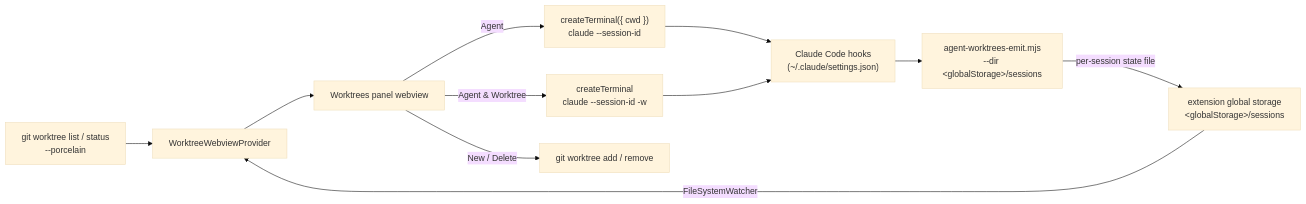
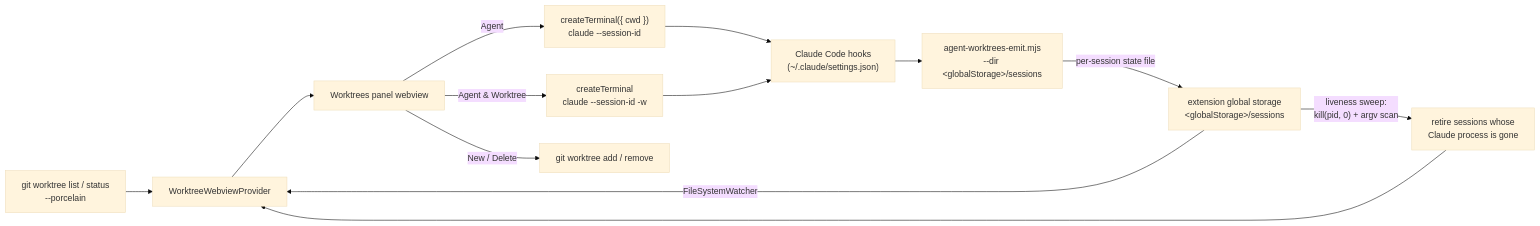
One commit to BradenTerry/agent-worktrees changed the second of 4 diagrams in README.md. Above: the diagram before and after it, drawn with Mermaid (base theme). The commit also changed other lines of this file and 8 other files, not shown here.

First line of the commit message:
Retire agents whose Claude process is gone (#76)

````diff
--- a/README.md
+++ b/README.md
@@ -330,13 +383,15 @@
 ```mermaid
 flowchart LR
     G["git worktree list / status<br/>--porcelain"] --> P[WorktreeWebviewProvider]
     P --> V[Worktrees panel webview]
     V -->|Agent| T["createTerminal({ cwd })<br/>claude --session-id"]
     V -->|Agent & Worktree| TW["createTerminal<br/>claude --session-id -w"]
     V -->|New / Delete| WT["git worktree add / remove"]
     H["Claude Code hooks<br/>(~/.claude/settings.json)"] --> E["agent-worktrees-emit.mjs<br/>--dir &lt;globalStorage&gt;/sessions"]
     E -->|per-session state file| S["extension global storage<br/>&lt;globalStorage&gt;/sessions"]
     S -->|FileSystemWatcher| P
+    S -->|"liveness sweep:<br/>kill(pid, 0) + argv scan"| L["retire sessions whose<br/>Claude process is gone"]
+    L --> P
     T --> H
     TW --> H
 ```
````
